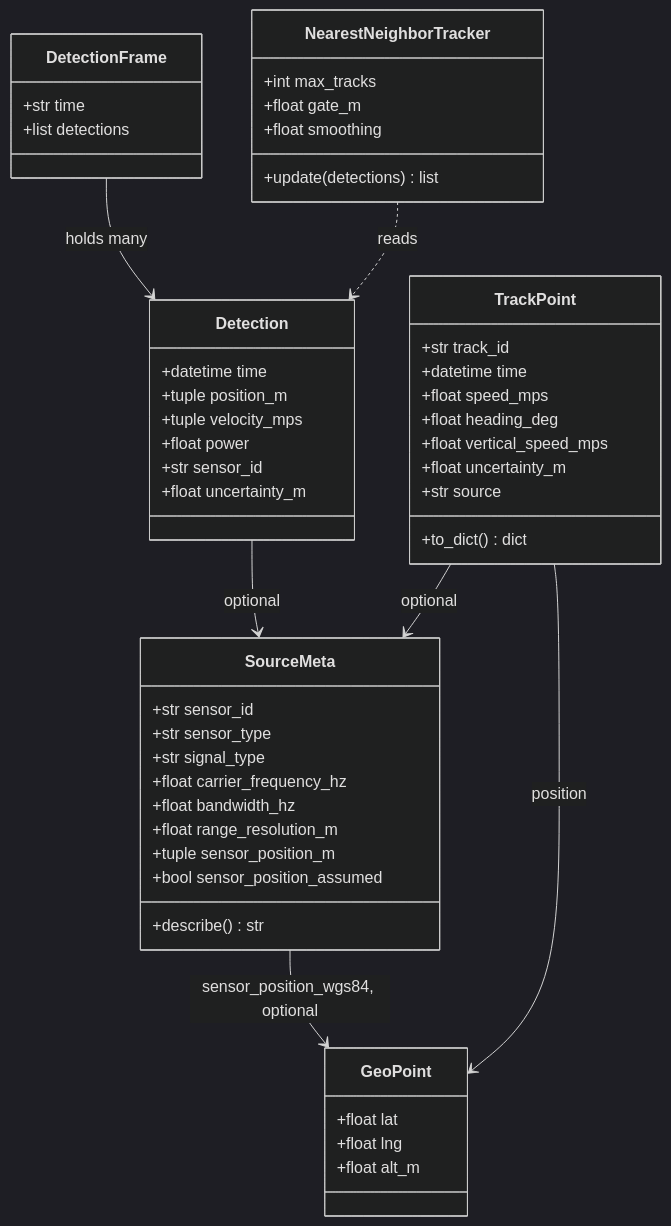
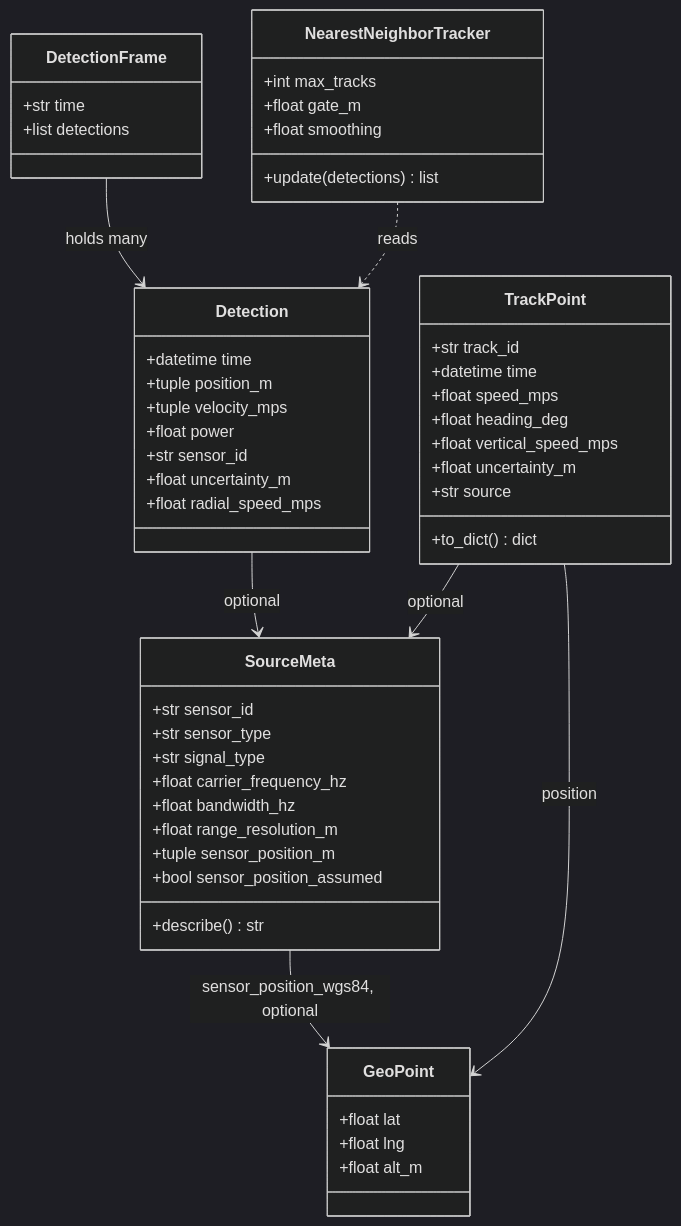
One commit to AdamWalters1/SeniorDesignRepo changed the fifth of 5 diagrams in docs/ARCHITECTURE.md. Above: the diagram before and after it, drawn with Mermaid (dark theme). The commit also changed other lines of this file and 20 other files, not shown here.

Commit message:
Add Doppler seed to tracker, radial speed field, and two-aircraft Sionna scene

````diff
--- a/docs/ARCHITECTURE.md
+++ b/docs/ARCHITECTURE.md
@@ -162,53 +162,54 @@
 ```mermaid
 classDiagram
     class DetectionFrame {
         +str time
         +list detections
     }
     class Detection {
         +datetime time
         +tuple position_m
         +tuple velocity_mps
         +float power
         +str sensor_id
         +float uncertainty_m
+        +float radial_speed_mps
     }
     class SourceMeta {
         +str sensor_id
         +str sensor_type
         +str signal_type
         +float carrier_frequency_hz
         +float bandwidth_hz
         +float range_resolution_m
         +tuple sensor_position_m
         +bool sensor_position_assumed
         +describe() str
     }
     class GeoPoint {
         +float lat
         +float lng
         +float alt_m
     }
     class TrackPoint {
         +str track_id
         +datetime time
         +float speed_mps
         +float heading_deg
         +float vertical_speed_mps
         +float uncertainty_m
         +str source
         +to_dict() dict
     }
     class NearestNeighborTracker {
         +int max_tracks
         +float gate_m
         +float smoothing
         +update(detections) list
     }
     DetectionFrame --> Detection : holds many
     Detection --> SourceMeta : optional
     SourceMeta --> GeoPoint : sensor_position_wgs84, optional
     TrackPoint --> GeoPoint : position
     TrackPoint --> SourceMeta : optional
     NearestNeighborTracker ..> Detection : reads
 ```
````
